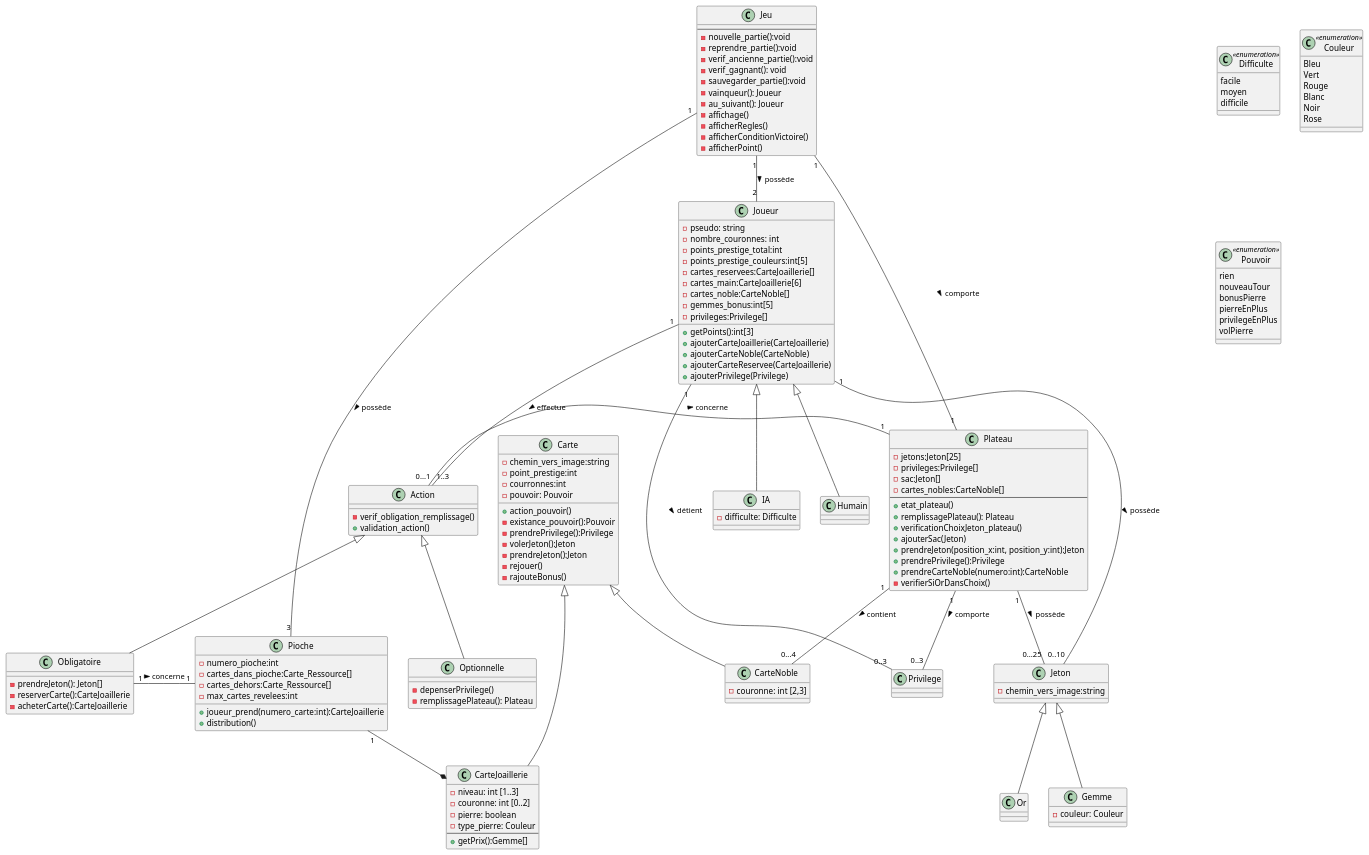
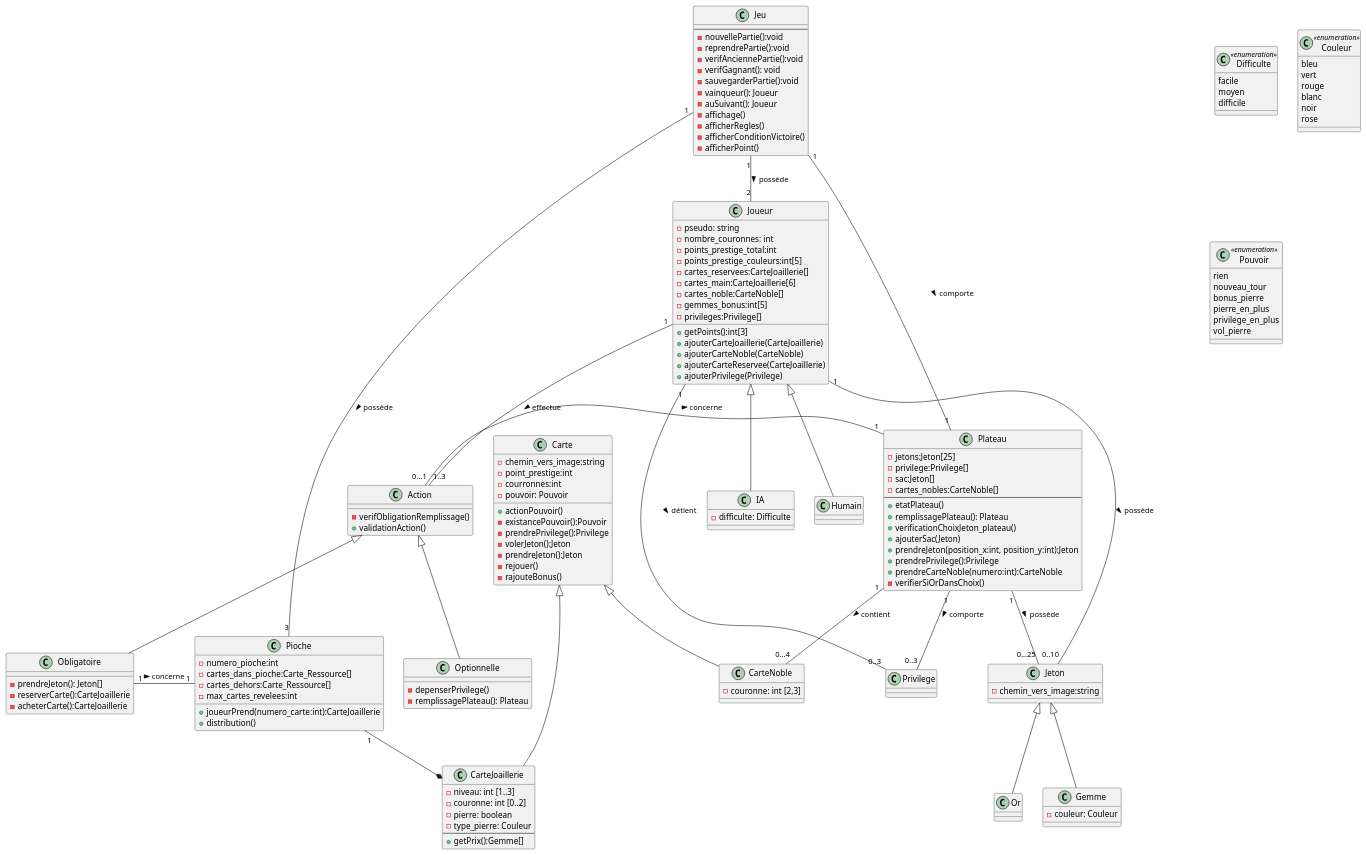
Before and after one commit to LaylaLunae/Splendor-duel: the diagram in SplendorUML.puml, drawn with PlantUML.

```diff
--- a/SplendorUML.puml
+++ b/SplendorUML.puml
@@ -1,184 +1,184 @@
 @startuml
 
 class Jeu {
 --
-- nouvelle_partie():void
-- reprendre_partie():void
-- verif_ancienne_partie():void
-- verif_gagnant(): void
-- sauvegarder_partie():void
+- nouvellePartie():void
+- reprendrePartie():void
+- verifAnciennePartie():void
+- verifGagnant(): void
+- sauvegarderPartie():void
 - vainqueur(): Joueur
-- au_suivant(): Joueur
+- auSuivant(): Joueur
 - affichage()
 - afficherRegles()
 - afficherConditionVictoire()
 - afficherPoint()
 }
 
 
 class Plateau {
 - jetons:Jeton[25]
-- privileges:Privilege[]
+- privilege:Privilege[]
 - sac:Jeton[]
 - cartes_nobles:CarteNoble[]
 --
-+ etat_plateau()
++ etatPlateau()
 + remplissagePlateau(): Plateau
 + verificationChoixJeton_plateau()
 + ajouterSac(Jeton)
 + prendreJeton(position_x:int, position_y:int):Jeton
 + prendrePrivilege():Privilege
 + prendreCarteNoble(numero:int):CarteNoble
 - verifierSiOrDansChoix()
 }
 
 
 
 class Joueur {
 - pseudo: string
 - nombre_couronnes: int
 - points_prestige_total:int
 - points_prestige_couleurs:int[5]
 - cartes_reservees:CarteJoaillerie[]
 - cartes_main:CarteJoaillerie[6]
 - cartes_noble:CarteNoble[]
 - gemmes_bonus:int[5]
 - privileges:Privilege[]
 + getPoints():int[3]
 + ajouterCarteJoaillerie(CarteJoaillerie)
 + ajouterCarteNoble(CarteNoble)
 + ajouterCarteReservee(CarteJoaillerie)
 + ajouterPrivilege(Privilege)
 }
 
 class IA {
 - difficulte: Difficulte
 }
 
 class Difficulte <<enumeration>> {
  facile
  moyen
  difficile
 }
 
 class Jeton {
 - chemin_vers_image:string
 }
 class Privilege {
 }
 class Or {
 }
 class Gemme {
 -couleur: Couleur
 }
 class Couleur <<enumeration>> {
- Bleu
- Vert
- Rouge
- Blanc
- Noir
- Rose
+ bleu
+ vert
+ rouge
+ blanc
+ noir
+ rose
 }
 
 
 class Pioche{
 - numero_pioche:int
 - cartes_dans_pioche:Carte_Ressource[]
 - cartes_dehors:Carte_Ressource[]
 - max_cartes_revelees:int
-+ joueur_prend(numero_carte:int):CarteJoaillerie
++ joueurPrend(numero_carte:int):CarteJoaillerie
 + distribution()
 }
 class Carte {
 - chemin_vers_image:string
 - point_prestige:int
 - courronnes:int
 - pouvoir: Pouvoir
-+ action_pouvoir()
-- existance_pouvoir():Pouvoir
++ actionPouvoir()
+- existancePouvoir():Pouvoir
 - prendrePrivilege():Privilege
 - volerJeton():Jeton
 - prendreJeton():Jeton
 - rejouer()
 - rajouteBonus()
 }
 
 class CarteNoble {
 -couronne: int [2,3]
 }
 
 class CarteJoaillerie {
 -niveau: int [1..3]
 -couronne: int [0..2]
 -pierre: boolean
 -type_pierre: Couleur
 --
 + getPrix():Gemme[]
 }
 
 
 class Pouvoir <<enumeration>> {
  rien
- nouveauTour
- bonusPierre
- pierreEnPlus
- privilegeEnPlus
- volPierre
+ nouveau_tour
+ bonus_pierre
+ pierre_en_plus
+ privilege_en_plus
+ vol_pierre
 }
 
 
 
 class Action {
-- verif_obligation_remplissage()
-+ validation_action()
+- verifObligationRemplissage()
++ validationAction()
 }
 
 class Optionnelle {
 - depenserPrivilege()
 - remplissagePlateau(): Plateau
 }
 
 class Obligatoire {
 - prendreJeton(): Jeton[]
 - reserverCarte():CarteJoaillerie
 - acheterCarte():CarteJoaillerie
 }
 
 
 
 
 Joueur <|-- IA
 Joueur <|-- Humain
 
 Jeu "1" -- "1" Plateau: comporte >
 Jeu "1" -- "2" Joueur: possède >
 Jeu "1" -- "3" Pioche: possède >
 
 
 Plateau "1" -- "0...25" Jeton: possède >
 Plateau "1"--"0..3" Privilege: comporte >
 Plateau "1"--"0...4" CarteNoble: contient >
 'Plateau "1"-"3" Pioche
 
 Pioche "1"--* CarteJoaillerie
 
 Jeton <|-- Or
 Jeton <|-- Gemme
 
 Joueur "1" -- "0..3" Privilege: détient >
 Joueur "1" -- "0..10" Jeton: possède >
 Joueur "1"-- "1..3" Action: effectue >
 
 Carte <|-- CarteNoble
 Carte <|-- CarteJoaillerie
 '(CarteJoaillerie, Pierre) .. AchatCarte
 
 
 Action <|-- Optionnelle
 Action <|-- Obligatoire
 Action "0...1"-"1" Plateau : concerne >
 Obligatoire "1"-"1" Pioche : concerne >
 
 
 
 @enduml
```
